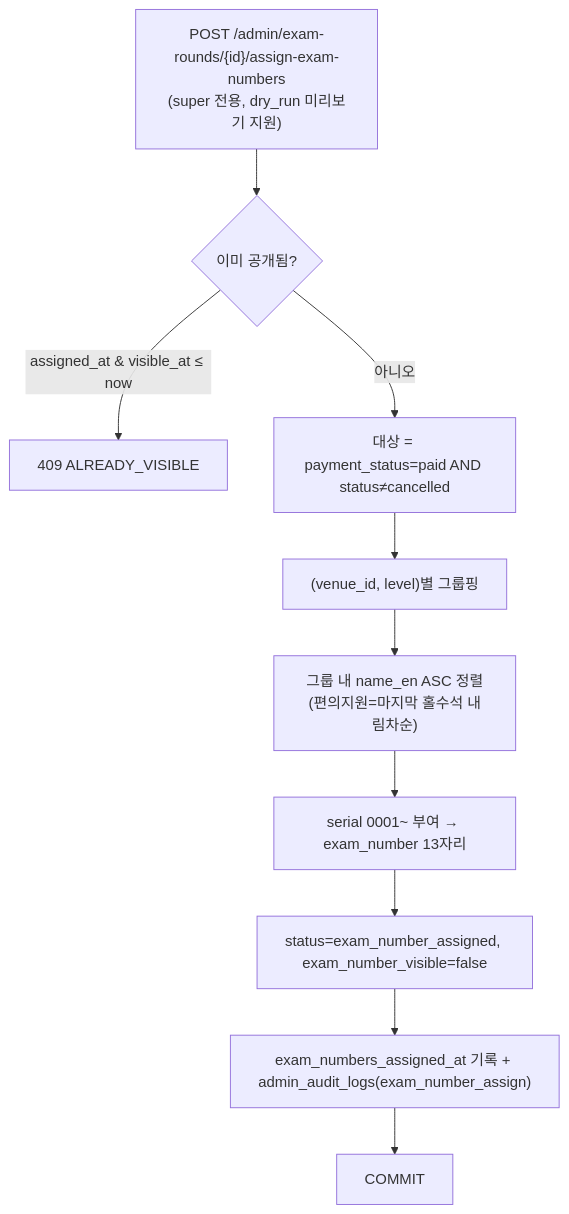
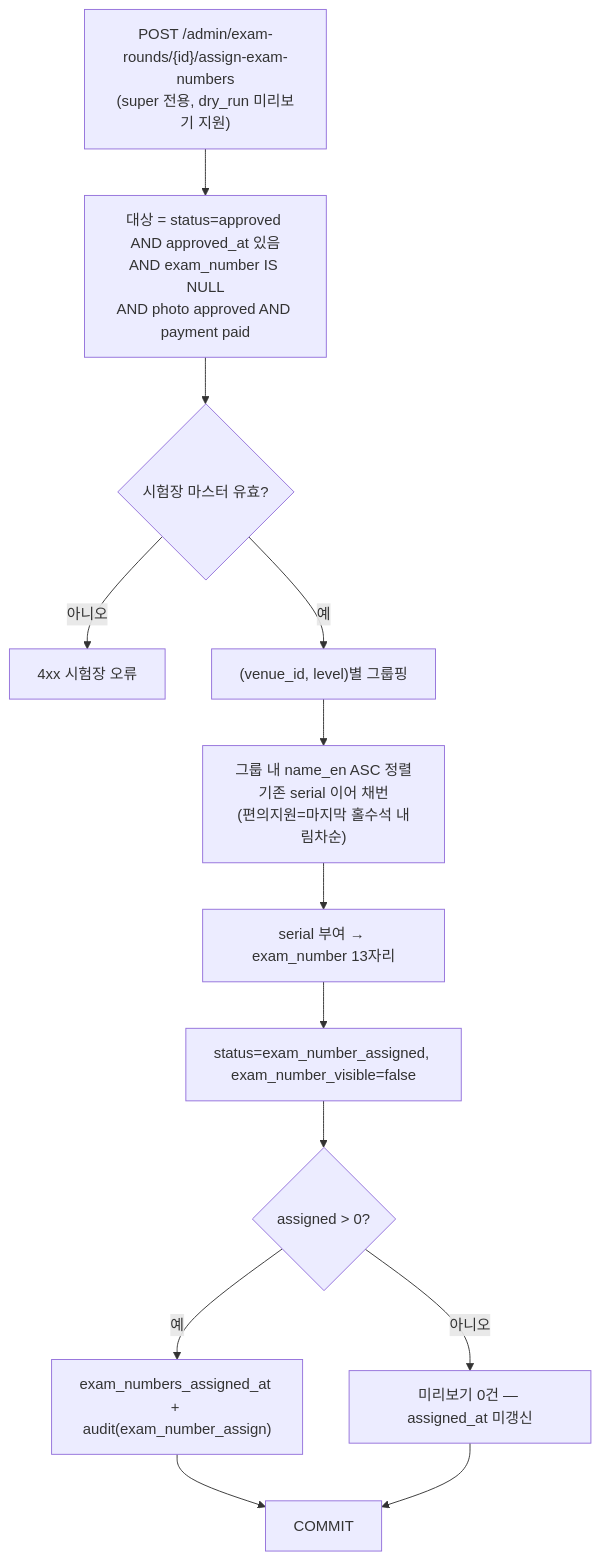
Before and after one commit to aiuserthree/TOPIK-MYANMAR: the second of 2 diagrams in docs/system_design/database.md, drawn with Mermaid. The commit also changed other lines of this file and 29 other files, not shown here.

````diff
--- a/docs/system_design/database.md
+++ b/docs/system_design/database.md
@@ -678,12 +678,15 @@
 ```mermaid
 flowchart TB
-  A["POST /admin/exam-rounds/{id}/assign-exam-numbers<br/>(super 전용, dry_run 미리보기 지원)"] --> B{이미 공개됨?}
-  B -- "assigned_at & visible_at ≤ now" --> X[409 ALREADY_VISIBLE]
-  B -- 아니오 --> C["대상 = payment_status=paid AND status≠cancelled"]
-  C --> D["(venue_id, level)별 그룹핑"]
-  D --> E["그룹 내 name_en ASC 정렬<br/>(편의지원=마지막 홀수석 내림차순)"]
-  E --> F["serial 0001~ 부여 → exam_number 13자리"]
+  A["POST /admin/exam-rounds/{id}/assign-exam-numbers<br/>(super 전용, dry_run 미리보기 지원)"] --> B["대상 = status=approved AND approved_at 있음<br/>AND exam_number IS NULL<br/>AND photo approved AND payment paid"]
+  B --> C{시험장 마스터 유효?}
+  C -- 아니오 --> X[4xx 시험장 오류]
+  C -- 예 --> D["(venue_id, level)별 그룹핑"]
+  D --> E["그룹 내 name_en ASC 정렬<br/>기존 serial 이어 채번<br/>(편의지원=마지막 홀수석 내림차순)"]
+  E --> F["serial 부여 → exam_number 13자리"]
   F --> G["status=exam_number_assigned, exam_number_visible=false"]
-  G --> H["exam_numbers_assigned_at 기록 + admin_audit_logs(exam_number_assign)"]
-  H --> I[COMMIT]
+  G --> H{assigned > 0?}
+  H -- 예 --> I["exam_numbers_assigned_at + audit(exam_number_assign)"]
+  H -- 아니오 --> J[미리보기 0건 — assigned_at 미갱신]
+  I --> K[COMMIT]
+  J --> K
 ```
````
